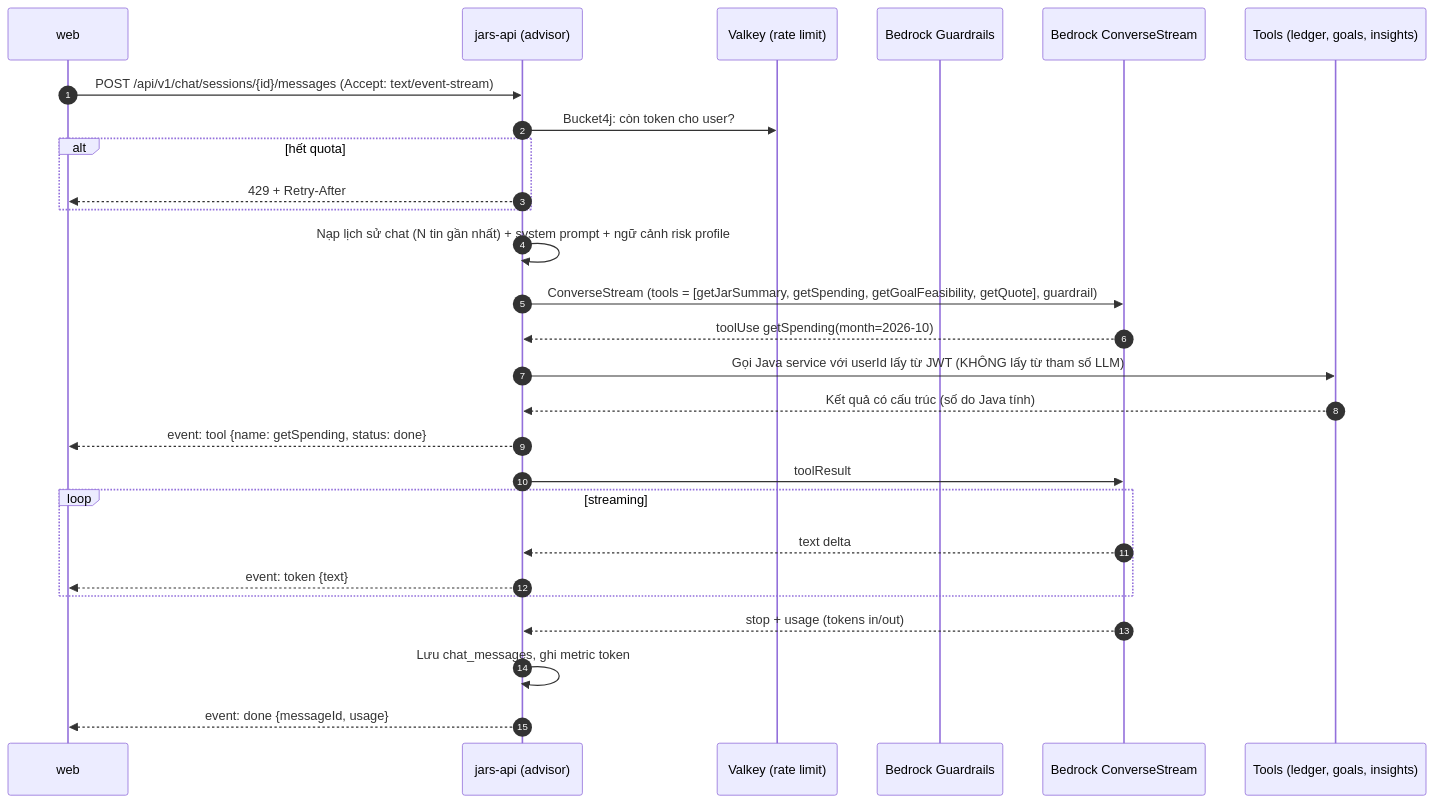
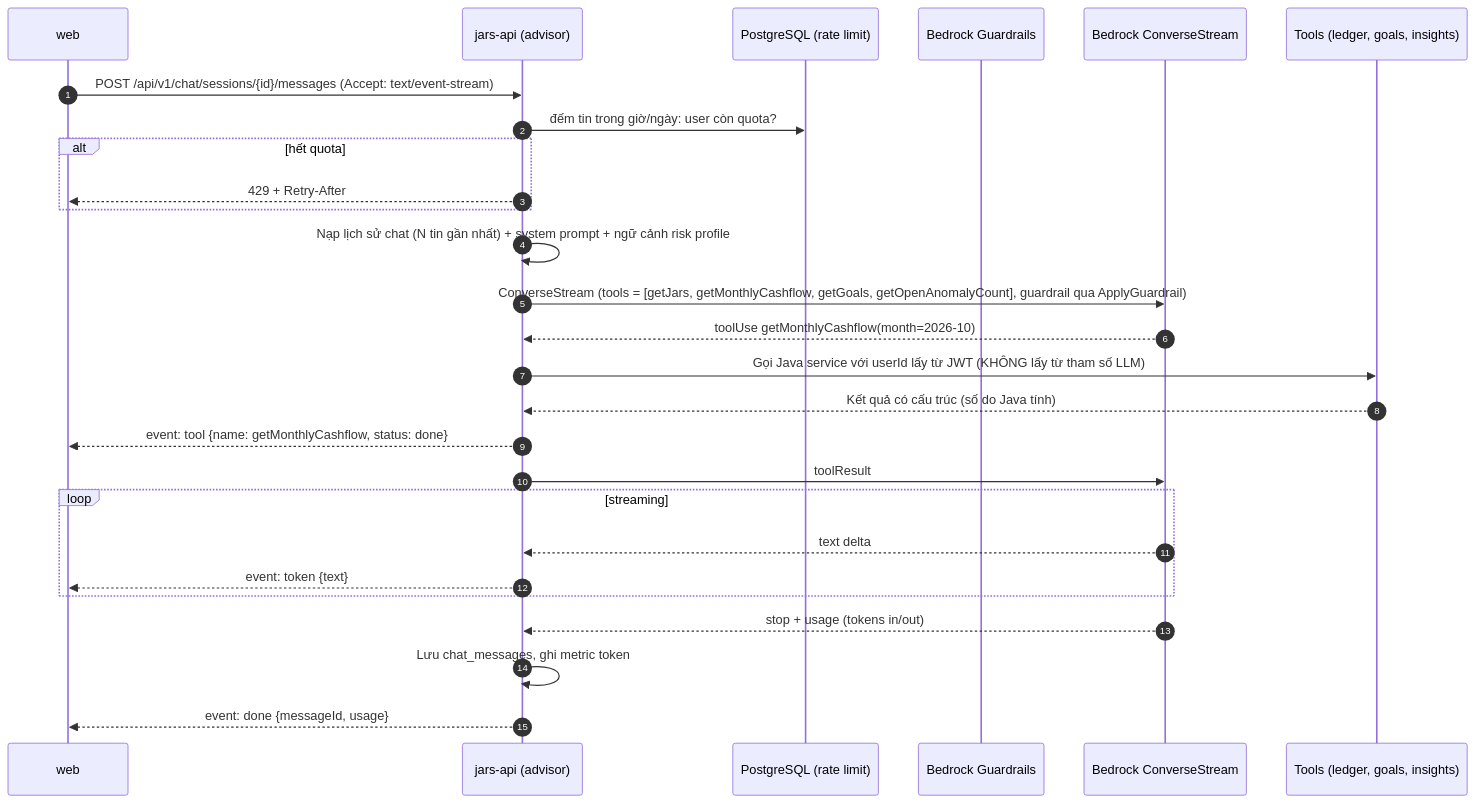
One commit to thphuc06/jar-platform changed the fifth of 9 diagrams in docs/02-architecture/flows.md. Above: the diagram before and after it, drawn with Mermaid. The commit also changed other lines of this file and 25 other files, not shown here.

````diff
--- a/docs/02-architecture/flows.md
+++ b/docs/02-architecture/flows.md
@@ -183,30 +183,30 @@
 ```mermaid
 sequenceDiagram
     autonumber
     participant W as web
     participant API as jars-api (advisor)
-    participant RL as Valkey (rate limit)
+    participant RL as PostgreSQL (rate limit)
     participant G as Bedrock Guardrails
     participant B as Bedrock ConverseStream
     participant T as Tools (ledger, goals, insights)
 
     W->>API: POST /api/v1/chat/sessions/{id}/messages (Accept: text/event-stream)
-    API->>RL: Bucket4j: còn token cho user?
+    API->>RL: đếm tin trong giờ/ngày: user còn quota?
     alt hết quota
         API-->>W: 429 + Retry-After
     end
     API->>API: Nạp lịch sử chat (N tin gần nhất) + system prompt + ngữ cảnh risk profile
-    API->>B: ConverseStream (tools = [getJarSummary, getSpending, getGoalFeasibility, getQuote], guardrail)
-    B-->>API: toolUse getSpending(month=2026-10)
+    API->>B: ConverseStream (tools = [getJars, getMonthlyCashflow, getGoals, getOpenAnomalyCount], guardrail qua ApplyGuardrail)
+    B-->>API: toolUse getMonthlyCashflow(month=2026-10)
     API->>T: Gọi Java service với userId lấy từ JWT (KHÔNG lấy từ tham số LLM)
     T-->>API: Kết quả có cấu trúc (số do Java tính)
-    API-->>W: event: tool {name: getSpending, status: done}
+    API-->>W: event: tool {name: getMonthlyCashflow, status: done}
     API->>B: toolResult
     loop streaming
         B-->>API: text delta
         API-->>W: event: token {text}
     end
     B-->>API: stop + usage (tokens in/out)
     API->>API: Lưu chat_messages, ghi metric token
     API-->>W: event: done {messageId, usage}
 ```
````
